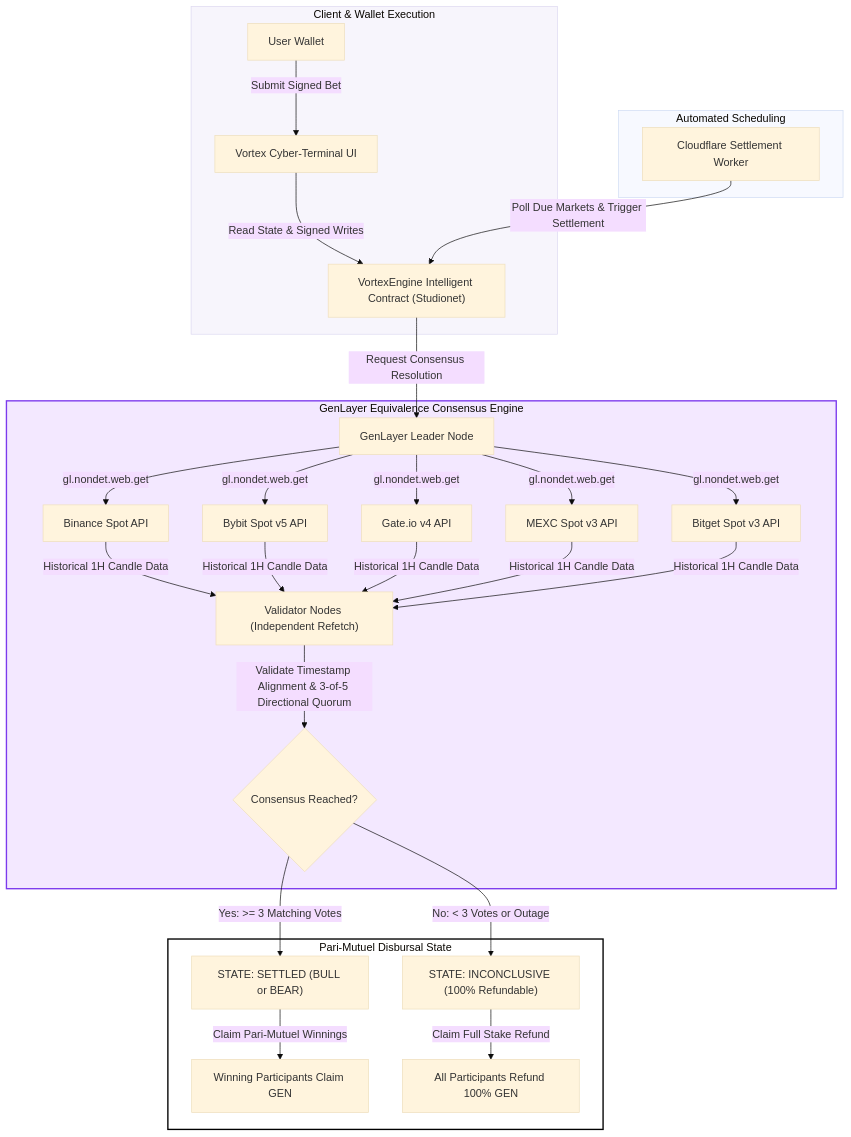
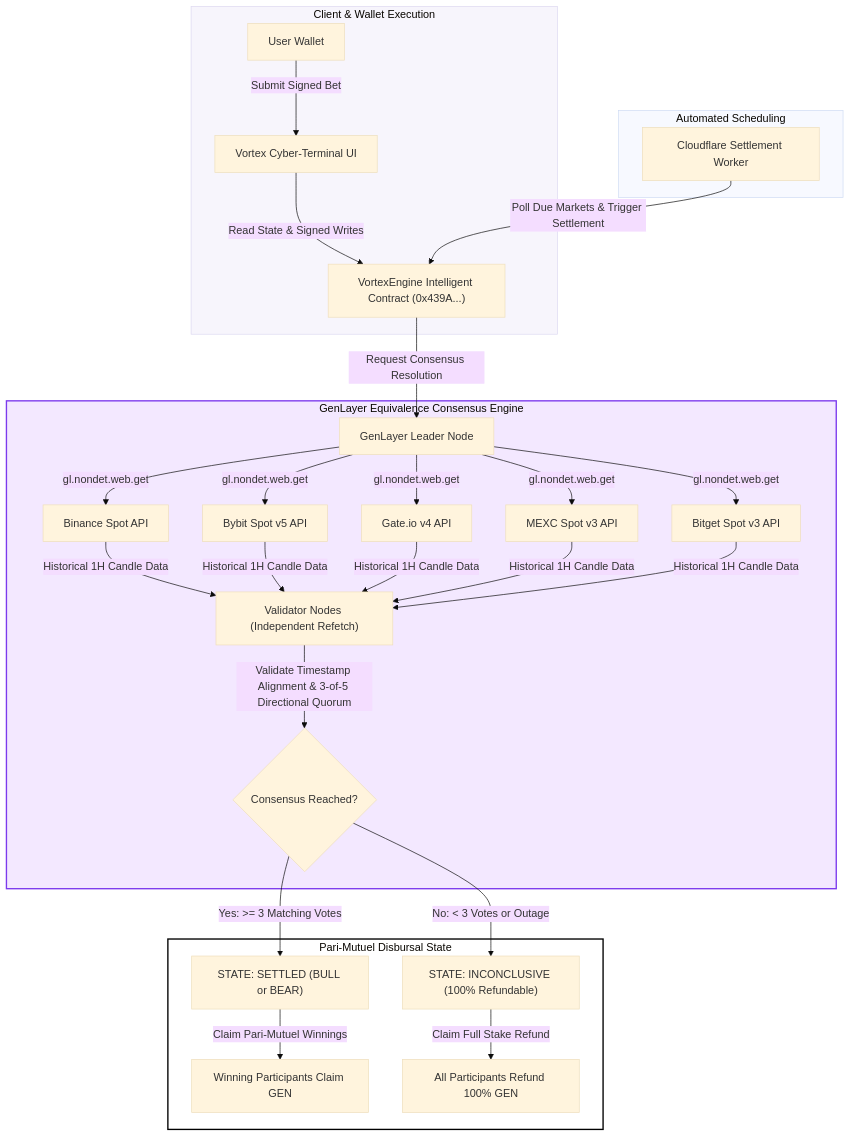
Before and after one commit to k-beee/vortex-protocol: the diagram in README.md, drawn with Mermaid (base theme). The commit also changed other lines of this file, not shown here.

Commit message:
docs: update README with deployed Studionet contract address

````diff
--- a/README.md
+++ b/README.md
@@ -17,36 +26,36 @@
 ```mermaid
 flowchart TD
     subgraph Client_Layer ["Client & Wallet Execution"]
         U1["User Wallet"] -->|Submit Signed Bet| F["Vortex Cyber-Terminal UI"]
-        F -->|Read State & Signed Writes| C1["VortexEngine Intelligent Contract (Studionet)"]
+        F -->|Read State & Signed Writes| C1["VortexEngine Intelligent Contract (0x439A...)"]
     end
 
     subgraph Automation_Layer ["Automated Scheduling"]
         W["Cloudflare Settlement Worker"] -->|Poll Due Markets & Trigger Settlement| C1
     end
 
     subgraph Consensus_Layer ["GenLayer Equivalence Consensus Engine"]
         C1 -->|Request Consensus Resolution| G1["GenLayer Leader Node"]
         G1 -->|gl.nondet.web.get| E1["Binance Spot API"]
         G1 -->|gl.nondet.web.get| E2["Bybit Spot v5 API"]
         G1 -->|gl.nondet.web.get| E3["Gate.io v4 API"]
         G1 -->|gl.nondet.web.get| E4["MEXC Spot v3 API"]
         G1 -->|gl.nondet.web.get| E5["Bitget Spot v3 API"]
 
         E1 & E2 & E3 & E4 & E5 -->|Historical 1H Candle Data| V1["Validator Nodes (Independent Refetch)"]
         
         V1 -->|Validate Timestamp Alignment & 3-of-5 Directional Quorum| Q{"Consensus Reached?"}
     end
 
     subgraph Settlement_Layer ["Pari-Mutuel Disbursal State"]
         Q -->|Yes: >= 3 Matching Votes| S1["STATE: SETTLED (BULL or BEAR)"]
         Q -->|No: < 3 Votes or Outage| S2["STATE: INCONCLUSIVE (100% Refundable)"]
         
         S1 -->|Claim Pari-Mutuel Winnings| W1["Winning Participants Claim GEN"]
         S2 -->|Claim Full Stake Refund| W2["All Participants Refund 100% GEN"]
     end
 
     style Client_Layer fill:#f7f5fc,stroke:#ddd8f0,stroke-width:1px
     style Consensus_Layer fill:#f3e8ff,stroke:#7c3aed,stroke-width:2px
     style Settlement_Layer fill:#ffffff,stroke:#000000,stroke-width:2px
 ```
````
